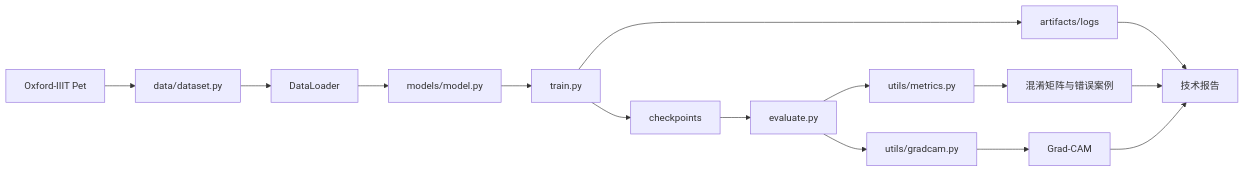
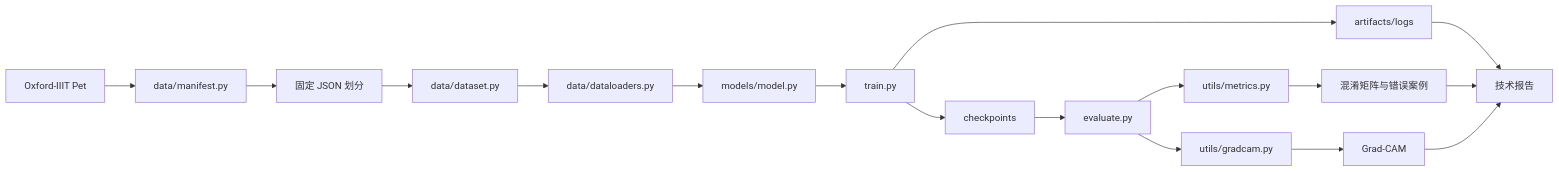
Before and after one commit to An-Ye-666/Fine-grained-Image-Classification-Based-on-Deep-Learning: the diagram in docs/ARCHITECTURE.md, drawn with Mermaid. The commit also changed other lines of this file and 17 other files, not shown here.

````diff
--- a/docs/ARCHITECTURE.md
+++ b/docs/ARCHITECTURE.md
@@ -9,17 +9,19 @@
 ```mermaid
 flowchart LR
-    A[Oxford-IIIT Pet] --> B[data/dataset.py]
-    B --> C[DataLoader]
-    C --> D[models/model.py]
+    A[Oxford-IIIT Pet] --> B[data/manifest.py]
+    B --> B2[固定 JSON 划分]
+    B2 --> C[data/dataset.py]
+    C --> C2[data/dataloaders.py]
+    C2 --> D[models/model.py]
     D --> E[train.py]
     E --> F[checkpoints]
     E --> G[artifacts/logs]
     F --> H[evaluate.py]
     H --> I[utils/metrics.py]
     H --> J[utils/gradcam.py]
     I --> K[混淆矩阵与错误案例]
     J --> L[Grad-CAM]
     G --> M[技术报告]
     K --> M
     L --> M
 ```
````
